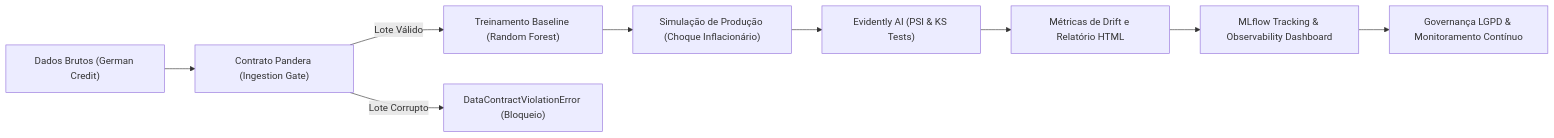
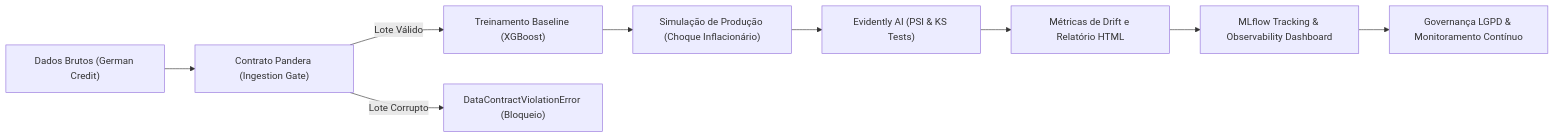
One commit to gui3561-ux/grupo-52-tech-challenger-fase4 changed the first of 2 diagrams in README.md. Above: the diagram before and after it, drawn with Mermaid. The commit also changed other lines of this file, not shown here.

````diff
--- a/README.md
+++ b/README.md
@@ -29,11 +29,11 @@
 ```mermaid
 flowchart LR
     A["Dados Brutos (German Credit)"] --> B["Contrato Pandera (Ingestion Gate)"]
-    B -->|Lote Válido| C["Treinamento Baseline (Random Forest)"]
+    B -->|Lote Válido| C["Treinamento Baseline (XGBoost)"]
     B -->|Lote Corrupto| X["DataContractViolationError (Bloqueio)"]
     C --> D["Simulação de Produção (Choque Inflacionário)"]
     D --> E["Evidently AI (PSI & KS Tests)"]
     E --> F["Métricas de Drift e Relatório HTML"]
     F --> G["MLflow Tracking & Observability Dashboard"]
     G --> H["Governança LGPD & Monitoramento Contínuo"]
 ```
````
